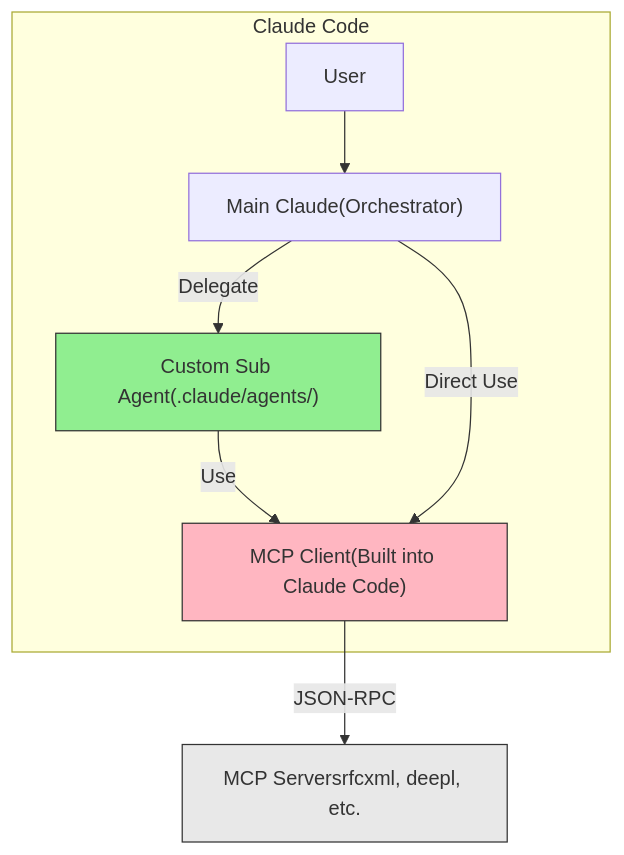
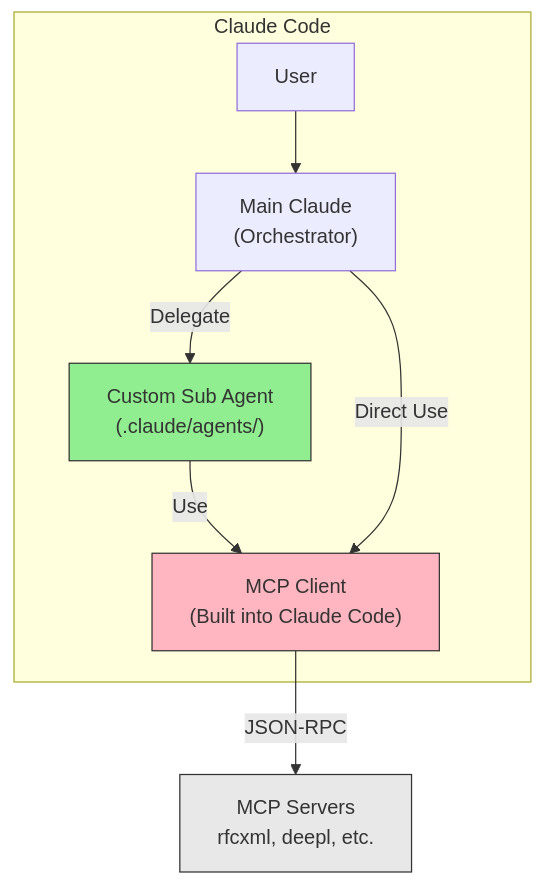
Before and after one commit to shuji-bonji/ai-agent-architecture: the fifth of 12 diagrams in docs/concepts/03-architecture.md, drawn with Mermaid. The commit also changed other lines of this file and 8 other files, not shown here.

````diff
--- a/docs/concepts/03-architecture.md
+++ b/docs/concepts/03-architecture.md
@@ -252,22 +252,22 @@
 ```mermaid
 flowchart TB
     subgraph CLAUDE_CODE["Claude Code"]
         USER["User"]
-        MAIN["Main Claude<bn>(Orchestrator)"]
-        SUBAGENT["Custom Sub Agent<bn>(.claude/agents/)"]
-        MCP_CLIENT["MCP Client<bn>(Built into Claude Code)"]
+        MAIN["Main Claude<br>(Orchestrator)"]
+        SUBAGENT["Custom Sub Agent<br>(.claude/agents/)"]
+        MCP_CLIENT["MCP Client<br>(Built into Claude Code)"]
 
         USER --> MAIN
         MAIN --"Delegate"--> SUBAGENT
         SUBAGENT --"Use"--> MCP_CLIENT
         MAIN --"Direct Use"--> MCP_CLIENT
     end
 
-    MCP_SERVERS["MCP Servers<bn>rfcxml, deepl, etc."]
+    MCP_SERVERS["MCP Servers<br>rfcxml, deepl, etc."]
 
     MCP_CLIENT --"JSON-RPC"--> MCP_SERVERS
 
     style MCP_CLIENT fill:#FFB6C1,color:#333,stroke:#333
     style SUBAGENT fill:#90EE90,color:#333,stroke:#333
     style MCP_SERVERS fill:#E8E8E8,color:#333,stroke:#333
 ```
````
